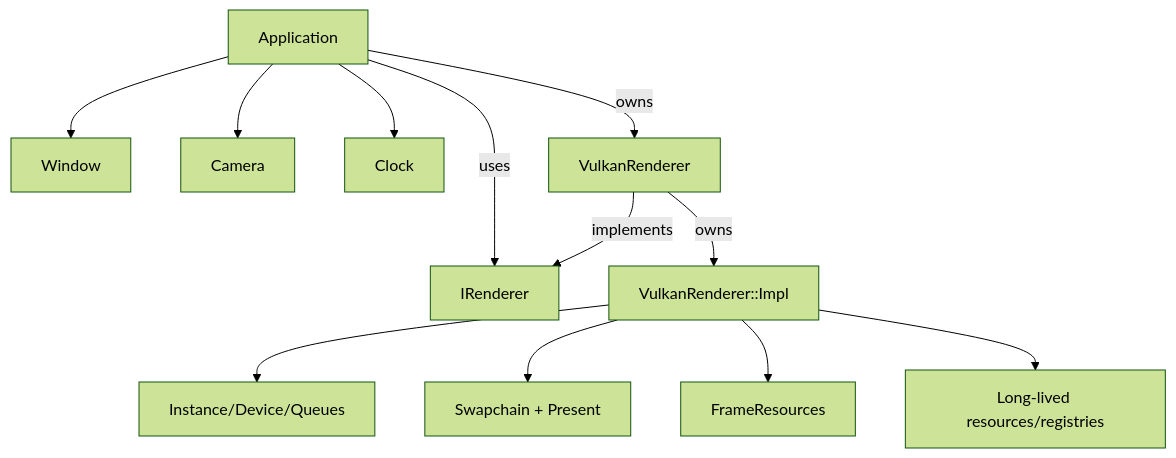
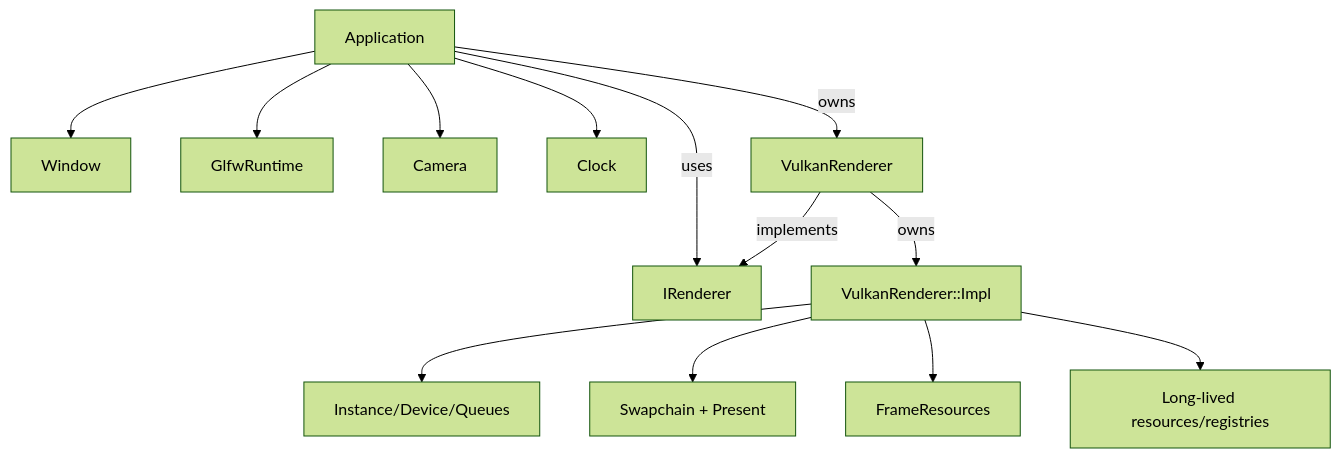
The diagram in docs/topics/architecture.md (ck0i/VolkEngine), drawn with Mermaid (forest theme) before and after one commit. The commit also changed other lines of this file and 7 other files, not shown here.

Commit message:
feat: make GLFW runtime ownership explicit

````diff
--- a/docs/topics/architecture.md
+++ b/docs/topics/architecture.md
@@ -21,14 +21,15 @@
 ```mermaid
 graph TD
     App[Application] --> Window[Window]
+    App --> GlfwRuntime[GlfwRuntime]
     App --> Camera[Camera]
     App --> Clock[Clock]
     App -->|owns| Renderer[VulkanRenderer]
     App -->|uses| IRenderer[IRenderer]
     Renderer -->|implements| IRenderer
     Renderer -->|owns| Impl[VulkanRenderer::Impl]
     Impl --> Instance[Instance/Device/Queues]
     Impl --> Swapchain[Swapchain + Present]
     Impl --> Frame[FrameResources]
     Impl --> Resources[Long-lived resources/registries]
 ```
````
